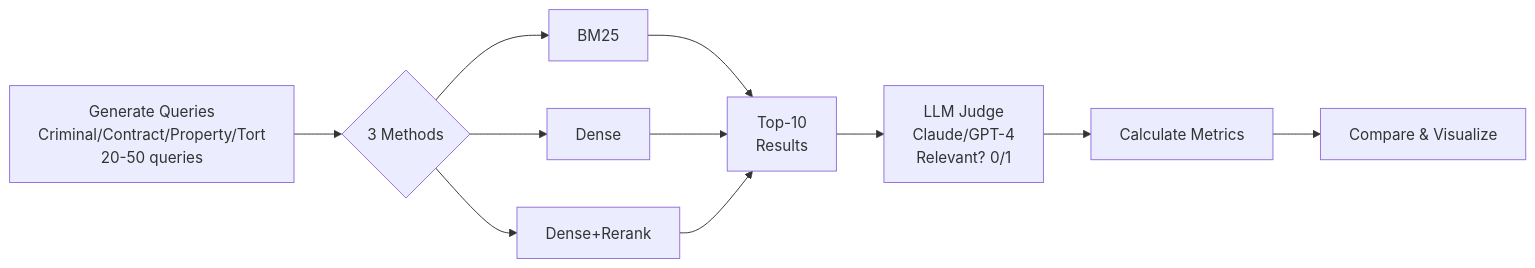
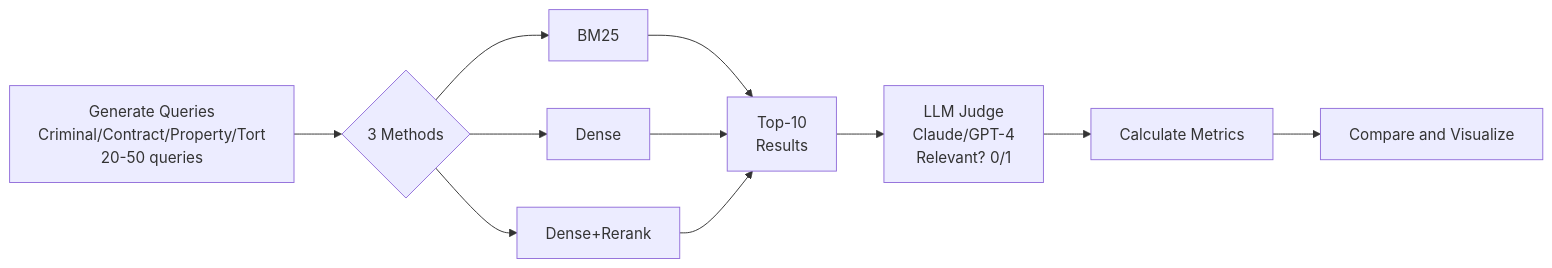
The fifth of 5 diagrams in README.md (qianxusheng/PA-LawSearch), drawn with Mermaid before and after one commit.

Commit message:
fix mermaid syntax issue

````diff
--- a/README.md
+++ b/README.md
@@ -287,18 +287,18 @@
 ```mermaid
 flowchart LR
     Queries[Generate Queries<br/>Criminal/Contract/Property/Tort<br/>20-50 queries] --> Methods{3 Methods}
 
     Methods --> BM25[BM25]
     Methods --> Dense[Dense]
     Methods --> Rerank[Dense+Rerank]
 
     BM25 --> Results[Top-10<br/>Results]
     Dense --> Results
     Rerank --> Results
 
     Results --> LLM[LLM Judge<br/>Claude/GPT-4<br/>Relevant? 0/1]
 
     LLM --> Metrics[Calculate Metrics]
 
-    Metrics --> Compare[Compare & Visualize]
+    Metrics --> Compare[Compare and Visualize]
 ```
````
